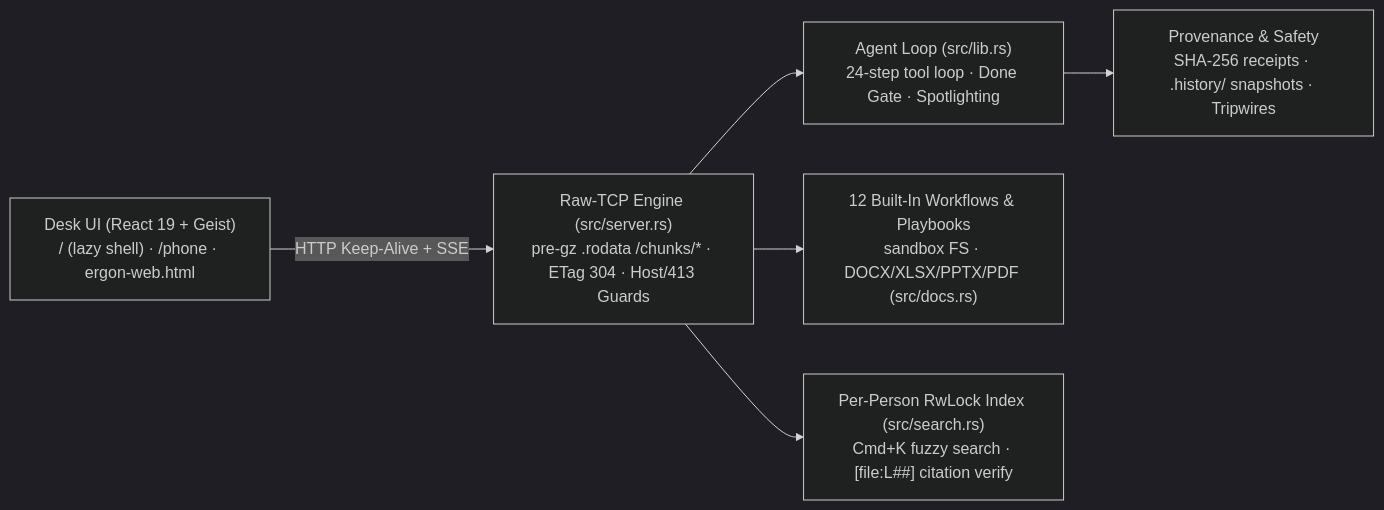
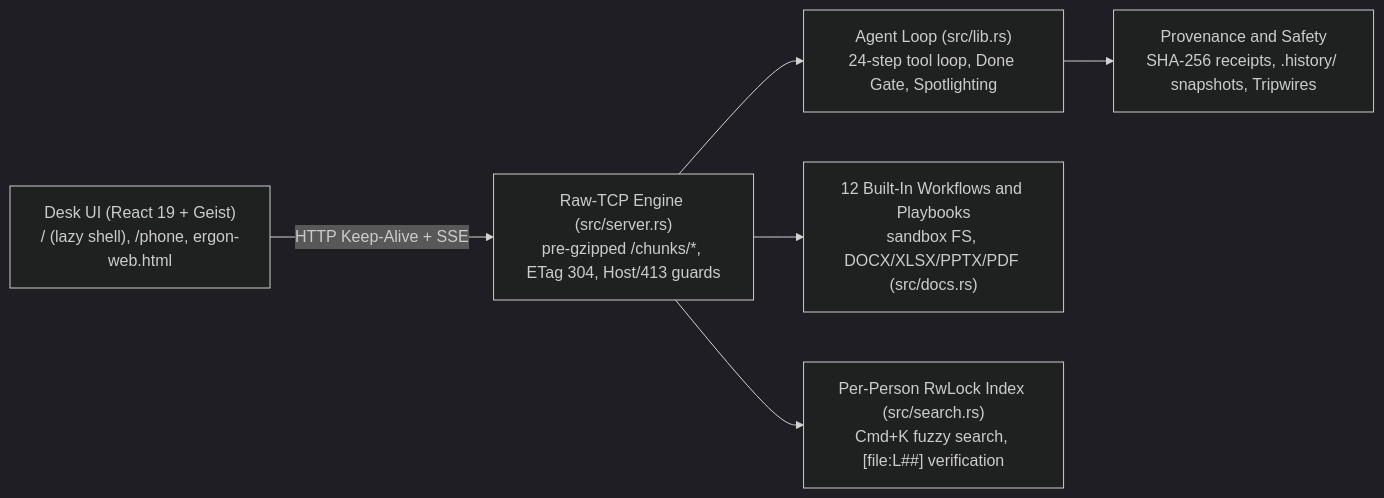
The diagram in README.md (cayleb-james2008/ergon), drawn with Mermaid (dark theme) before and after one commit. The commit also changed other lines of this file and 30 other files, not shown here.

````diff
--- a/README.md
+++ b/README.md
@@ -50,8 +48,8 @@
 ```mermaid
 flowchart LR
-  UI["Desk UI (React 19 + Geist)\n/ (lazy shell) · /phone · ergon-web.html"] -->|HTTP Keep-Alive + SSE| HTTP["Raw-TCP Engine (src/server.rs)\npre-gz .rodata /chunks/* · ETag 304 · Host/413 Guards"]
-  HTTP --> Agent["Agent Loop (src/lib.rs)\n24-step tool loop · Done Gate · Spotlighting"]
-  HTTP --> Workflows["12 Built-In Workflows & Playbooks\nsandbox FS · DOCX/XLSX/PPTX/PDF (src/docs.rs)"]
-  HTTP --> Index["Per-Person RwLock Index (src/search.rs)\nCmd+K fuzzy search · [file:L##] citation verify"]
-  Agent --> Ledger["Provenance & Safety\nSHA-256 receipts · .history/ snapshots · Tripwires"]
+  UI["Desk UI (React 19 + Geist)\n/ (lazy shell), /phone, ergon-web.html"] -->|HTTP Keep-Alive + SSE| HTTP["Raw-TCP Engine (src/server.rs)\npre-gzipped /chunks/*, ETag 304, Host/413 guards"]
+  HTTP --> Agent["Agent Loop (src/lib.rs)\n24-step tool loop, Done Gate, Spotlighting"]
+  HTTP --> Workflows["12 Built-In Workflows and Playbooks\nsandbox FS, DOCX/XLSX/PPTX/PDF (src/docs.rs)"]
+  HTTP --> Index["Per-Person RwLock Index (src/search.rs)\nCmd+K fuzzy search, [file:L##] verification"]
+  Agent --> Ledger["Provenance and Safety\nSHA-256 receipts, .history/ snapshots, Tripwires"]
 ```
````
